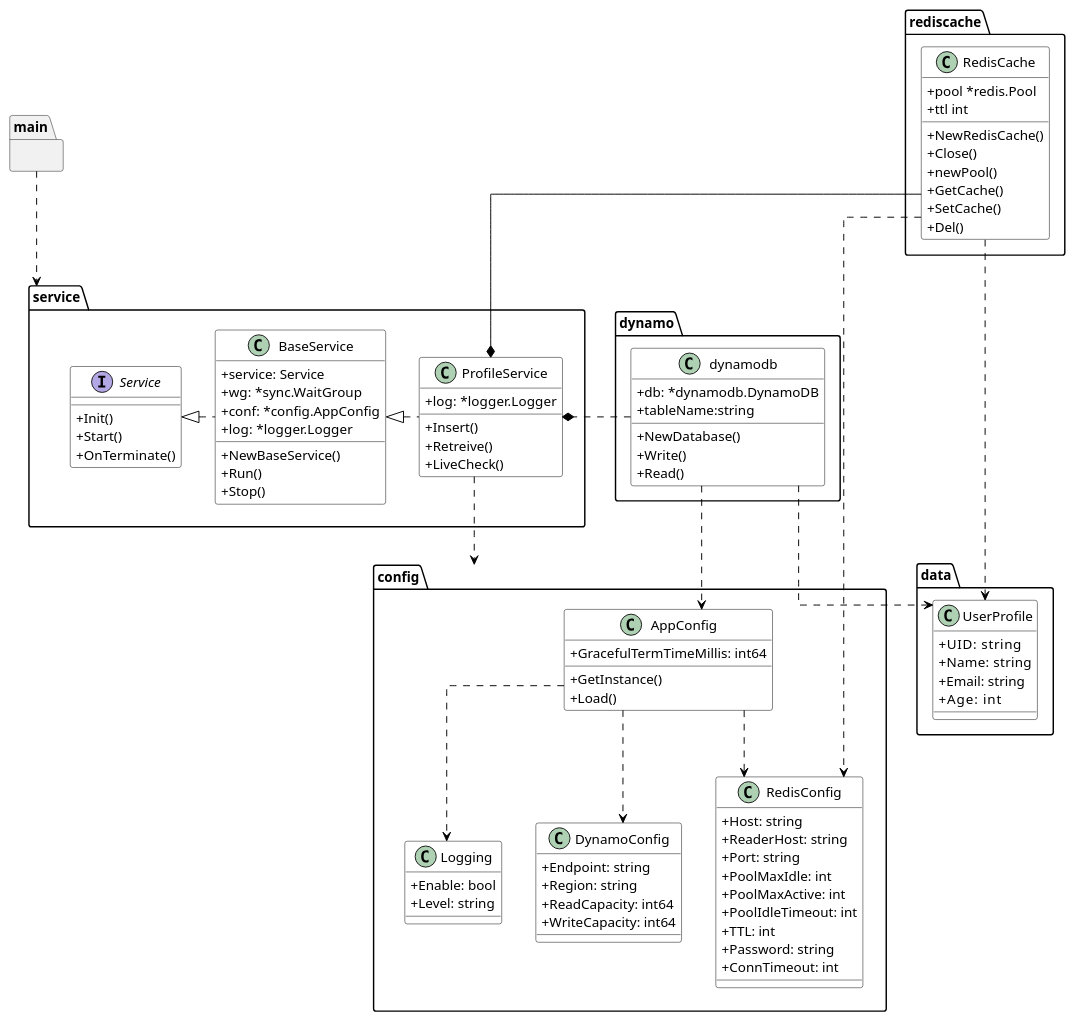
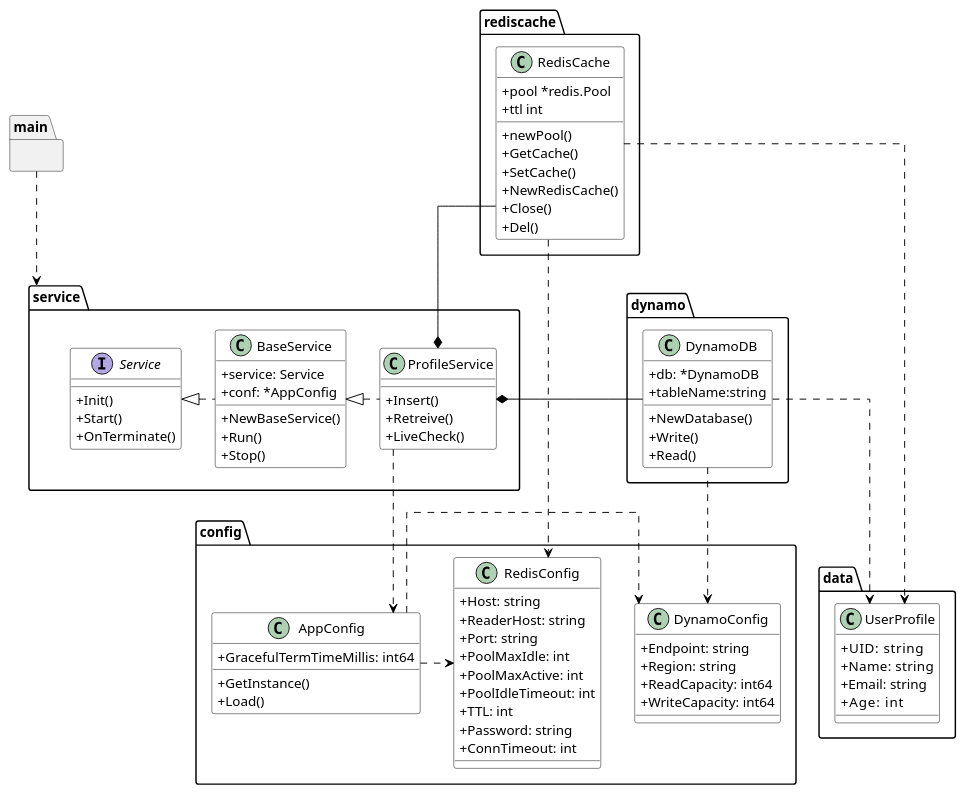
Before and after one commit to kyopark2014/dynamodb-golang-sample: the diagram in docs/basicClassDiagram.puml, drawn with PlantUML.

```diff
--- a/docs/basicClassDiagram.puml
+++ b/docs/basicClassDiagram.puml
@@ -1,124 +1,115 @@
 @startuml Basic Class
 skinparam class {
     BackgroundColor White
     ArrowColor Black
     BorderColor Black
     AttributeIconSize 0
 }
 'skinparam style strictuml
 skinparam stereotypeCBackgroundColor White
 skinparam stereotypeIBackgroundColor White
 skinparam stereotypeEBackgroundColor White
 skinparam stereotypeABackgroundColor White
 skinparam linetype ortho
 
 
 package main {
 
 }
 
 package service {
     interface Service {
         +Init()
         +Start()
         +OnTerminate()
     }
     class BaseService {
         +service: Service
-        +wg: *sync.WaitGroup
-        +conf: *config.AppConfig
-        +log: *logger.Logger
+        +conf: *AppConfig
         +NewBaseService()
         +Run()
         +Stop()
     }
 
     class ProfileService {
-        +log: *logger.Logger
         +Insert()
         +Retreive()
         +LiveCheck()
     }
 }
 
 package config {
     class AppConfig {
         +GracefulTermTimeMillis: int64
         +GetInstance()
         +Load()
-    }
-
-    class Logging {
-        +Enable: bool
-        +Level: string
     }
 
     class RedisConfig{
         +Host: string
     	+ReaderHost: string
 	    +Port: string
 	    +PoolMaxIdle: int
 	    +PoolMaxActive: int
 	    +PoolIdleTimeout: int
 	    +TTL: int
 	    +Password: string
 	    +ConnTimeout: int
     }
 
     class DynamoConfig {
         +Endpoint: string
         +Region: string
         +ReadCapacity: int64
         +WriteCapacity: int64
     }
 
 }
 
 package data {
     class UserProfile {
         +UID:   string
 	    +Name:  string
 	    +Email: string
 	    +Age:   int
     }
 }
 
 package dynamo {    
-    class dynamodb {
-        +db: *dynamodb.DynamoDB
+    class DynamoDB {
+        +db: *DynamoDB
         +tableName:string
 	    +NewDatabase()
         +Write()
         +Read()
     }
 }
 
 package rediscache {    
     class RedisCache {
         +pool *redis.Pool
 	    +ttl int
-        +NewRedisCache()
-        +Close()
         +newPool()
         +GetCache()
         +SetCache()
+        +NewRedisCache()
+        +Close()
         +Del()
     }
 }
 
 Service <|. BaseService
 BaseService <|. ProfileService
 main ..> service
-ProfileService ..> config
+ProfileService ..> AppConfig
 RedisCache --* ProfileService 
 RedisCache ..> UserProfile 
-AppConfig ..> Logging
-AppConfig ..> RedisConfig
-AppConfig ..> DynamoConfig
-dynamodb ..> AppConfig
-dynamodb ..> UserProfile
-dynamodb .* ProfileService
-RedisCache ..> RedisConfig
+AppConfig .> RedisConfig
+AppConfig .> DynamoConfig
+DynamoDB ..> DynamoConfig
+DynamoDB ..> UserProfile
+DynamoDB -* ProfileService
+RedisCache ...> RedisConfig
 
 
 @enduml
```
